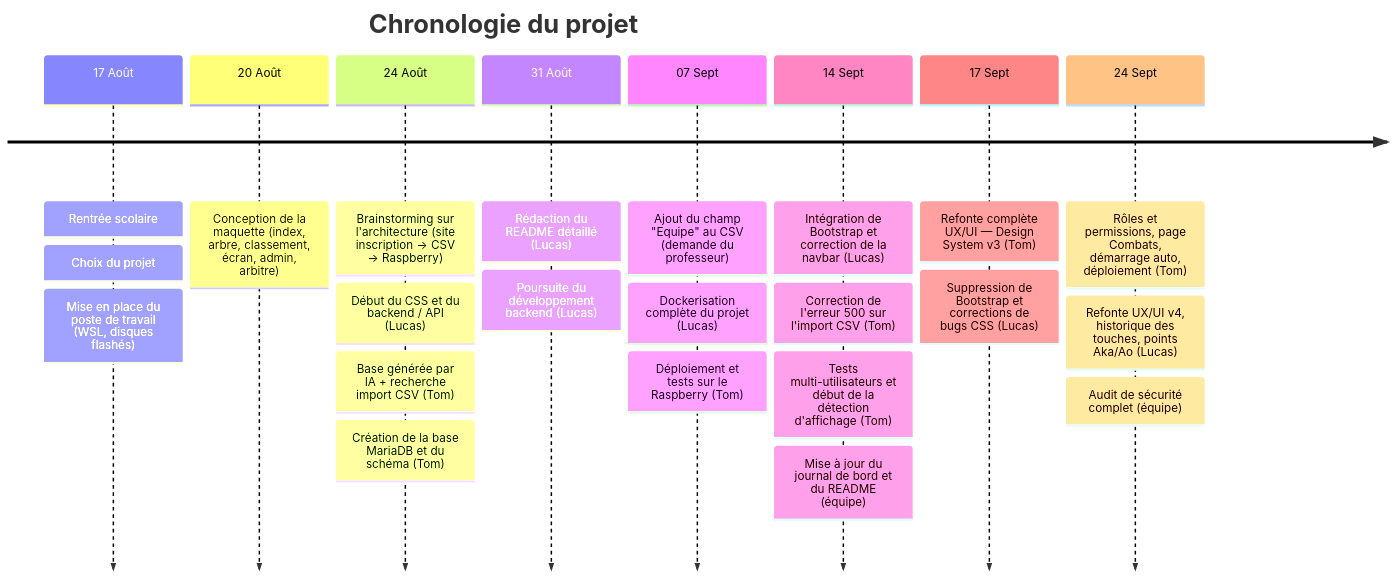
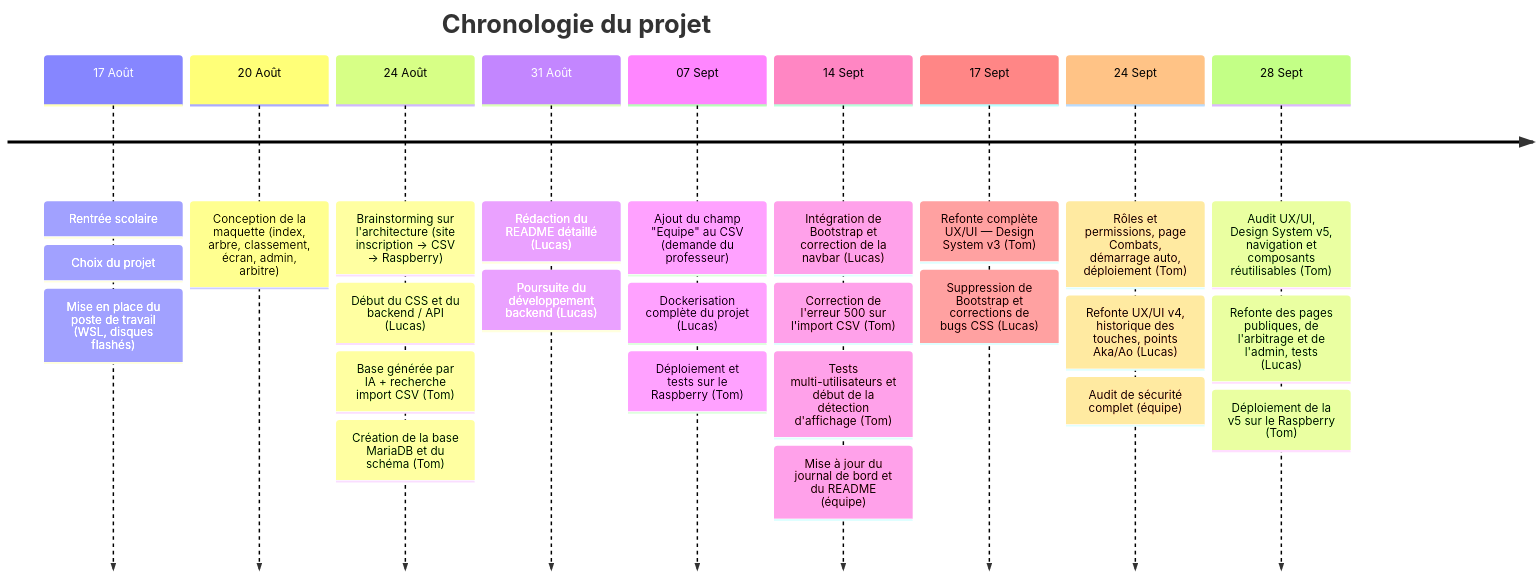
Before and after one commit to CFPT-AWEB-PH/2026-27_I.DA-P3B_LuTo: the first of 3 diagrams in journalDeBord.md, drawn with Mermaid. The commit also changed other lines of this file, not shown here.

````diff
--- a/journalDeBord.md
+++ b/journalDeBord.md
@@ -11,26 +11,29 @@
 ```mermaid
 timeline
     title Chronologie du projet
     17 Août : Rentrée scolaire
             : Choix du projet
             : Mise en place du poste de travail (WSL, disques flashés)
     20 Août : Conception de la maquette (index, arbre, classement, écran, admin, arbitre)
     24 Août : Brainstorming sur l'architecture (site inscription → CSV → Raspberry)
             : Début du CSS et du backend / API (Lucas)
             : Base générée par IA + recherche import CSV (Tom)
             : Création de la base MariaDB et du schéma (Tom)
     31 Août : Rédaction du README détaillé (Lucas)
             : Poursuite du développement backend (Lucas)
     07 Sept : Ajout du champ "Equipe" au CSV (demande du professeur)
             : Dockerisation complète du projet (Lucas)
             : Déploiement et tests sur le Raspberry (Tom)
     14 Sept : Intégration de Bootstrap et correction de la navbar (Lucas)
             : Correction de l'erreur 500 sur l'import CSV (Tom)
             : Tests multi-utilisateurs et début de la détection d'affichage (Tom)
             : Mise à jour du journal de bord et du README (équipe)
     17 Sept : Refonte complète UX/UI — Design System v3 (Tom)
             : Suppression de Bootstrap et corrections de bugs CSS (Lucas)
     24 Sept : Rôles et permissions, page Combats, démarrage auto, déploiement (Tom)
             : Refonte UX/UI v4, historique des touches, points Aka/Ao (Lucas)
             : Audit de sécurité complet (équipe)
+    28 Sept : Audit UX/UI, Design System v5, navigation et composants réutilisables (Tom)
+            : Refonte des pages publiques, de l'arbitrage et de l'admin, tests (Lucas)
+            : Déploiement de la v5 sur le Raspberry (Tom)
 ```
````
